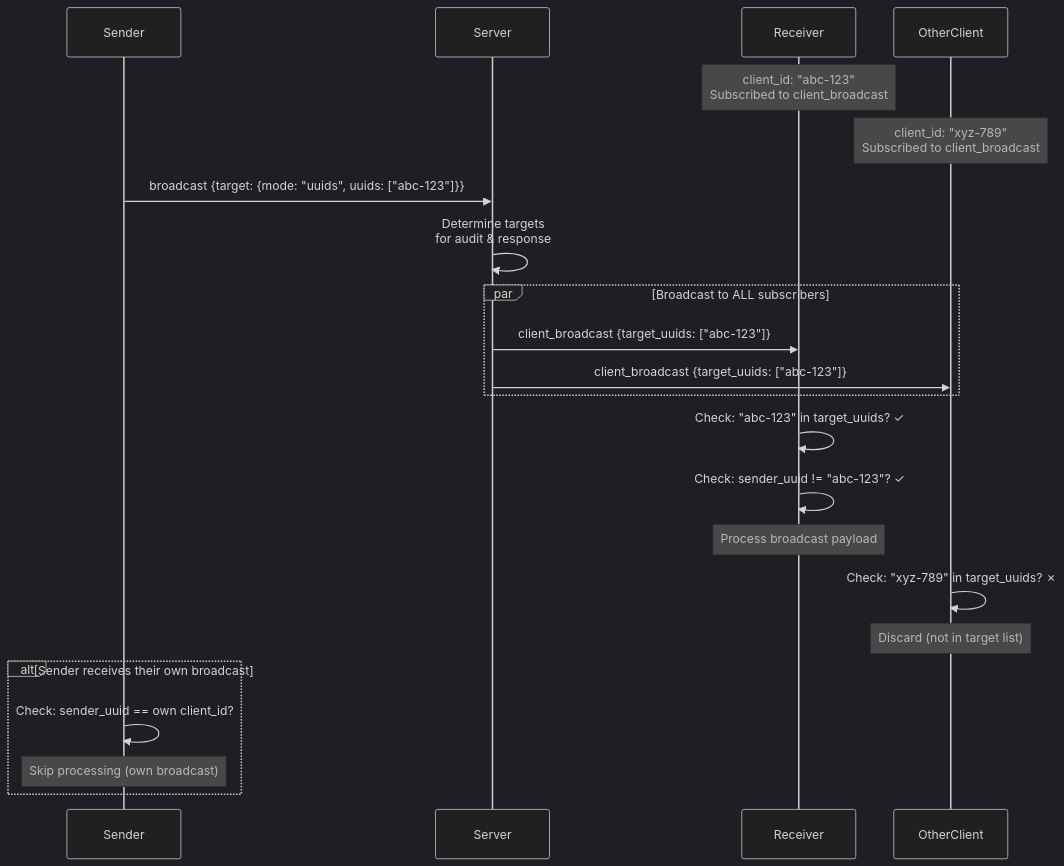
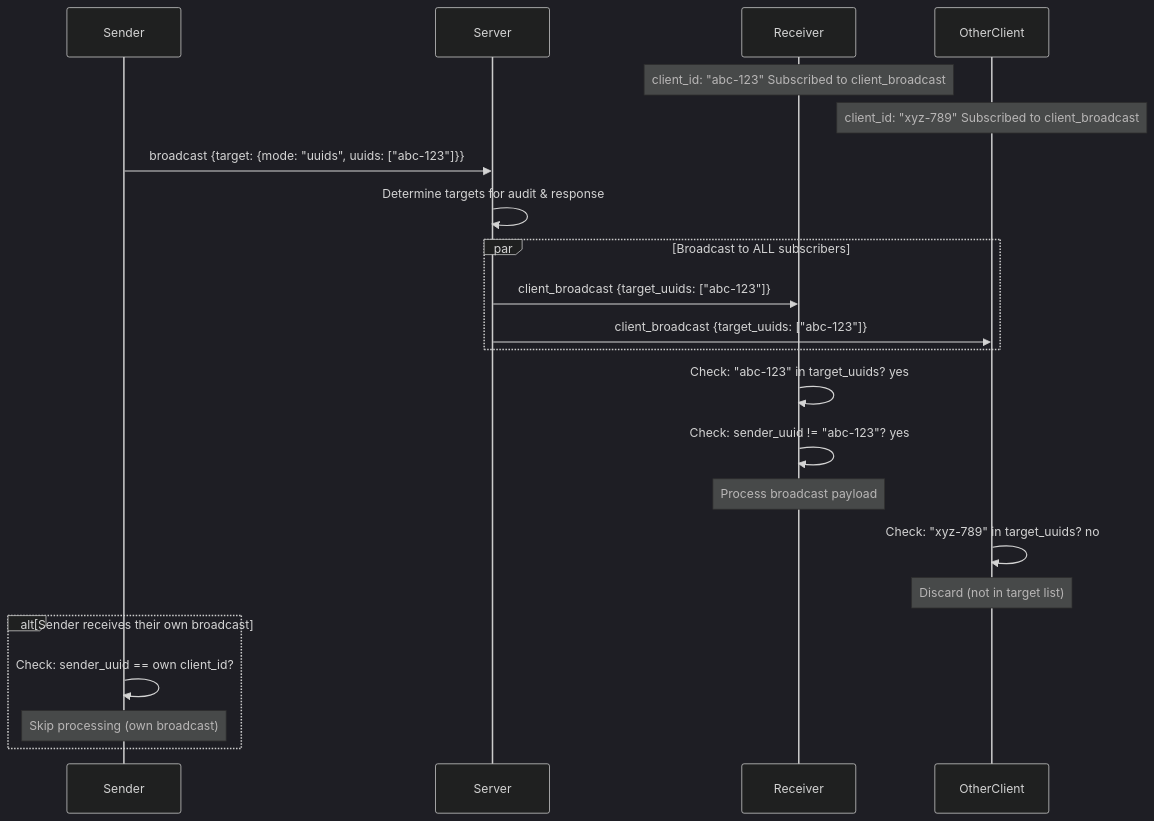
The sixth of 8 diagrams in docs/developer/websocket_client_examples.md (LedFx/LedFx), drawn with Mermaid (dark theme) before and after one commit. The commit also changed other lines of this file and 10 other files, not shown here.

````diff
--- a/docs/developer/websocket_client_examples.md
+++ b/docs/developer/websocket_client_examples.md
@@ -476,30 +476,30 @@
-```{mermaid}
+```mermaid
 sequenceDiagram
     participant Sender
     participant Server
     participant Receiver
     participant OtherClient
 
-    Note over Receiver: client_id: "abc-123"<br/>Subscribed to client_broadcast
-    Note over OtherClient: client_id: "xyz-789"<br/>Subscribed to client_broadcast
+    Note over Receiver: client_id: "abc-123" Subscribed to client_broadcast
+    Note over OtherClient: client_id: "xyz-789" Subscribed to client_broadcast
 
     Sender->>Server: broadcast {target: {mode: "uuids", uuids: ["abc-123"]}}
-    Server->>Server: Determine targets<br/>for audit & response
+    Server->>Server: Determine targets for audit & response
 
     par Broadcast to ALL subscribers
         Server->>Receiver: client_broadcast {target_uuids: ["abc-123"]}
         Server->>OtherClient: client_broadcast {target_uuids: ["abc-123"]}
     end
 
-    Receiver->>Receiver: Check: "abc-123" in target_uuids? ✓
-    Receiver->>Receiver: Check: sender_uuid != "abc-123"? ✓
+    Receiver->>Receiver: Check: "abc-123" in target_uuids? yes
+    Receiver->>Receiver: Check: sender_uuid != "abc-123"? yes
     Note over Receiver: Process broadcast payload
 
-    OtherClient->>OtherClient: Check: "xyz-789" in target_uuids? ✗
+    OtherClient->>OtherClient: Check: "xyz-789" in target_uuids? no
     Note over OtherClient: Discard (not in target list)
 
     alt Sender receives their own broadcast
         Sender->>Sender: Check: sender_uuid == own client_id?
         Note over Sender: Skip processing (own broadcast)
     end
 ```
````
